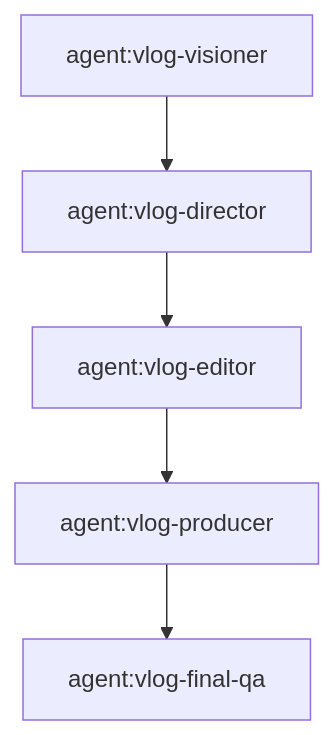
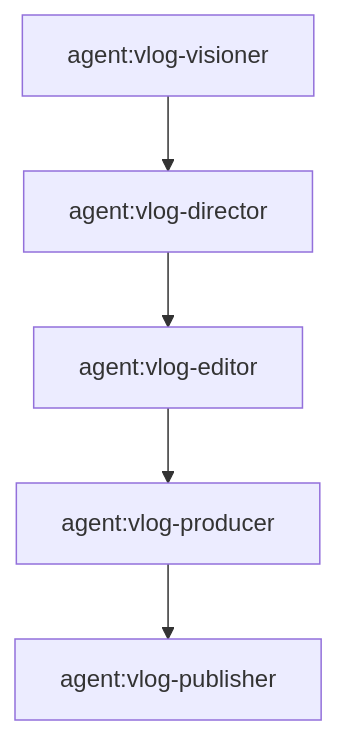
Before and after one commit to lalalic/neo: the diagram in vlog/graph.mmd, drawn with Mermaid. The commit also changed 30 other files, not shown here.

Commit message:
feat(vlog): verified editor, shortcut producer and conditional multi-platform publisher

```diff
--- a/vlog/graph.mmd
+++ b/vlog/graph.mmd
@@ -1,5 +1,5 @@
 flowchart TD
   visioner[agent:vlog-visioner] --> director[agent:vlog-director]
   director --> editor[agent:vlog-editor]
   editor --> producer[agent:vlog-producer]
-  producer --> final_qa[agent:vlog-final-qa]
+  producer --> publisher[agent:vlog-publisher]
```
